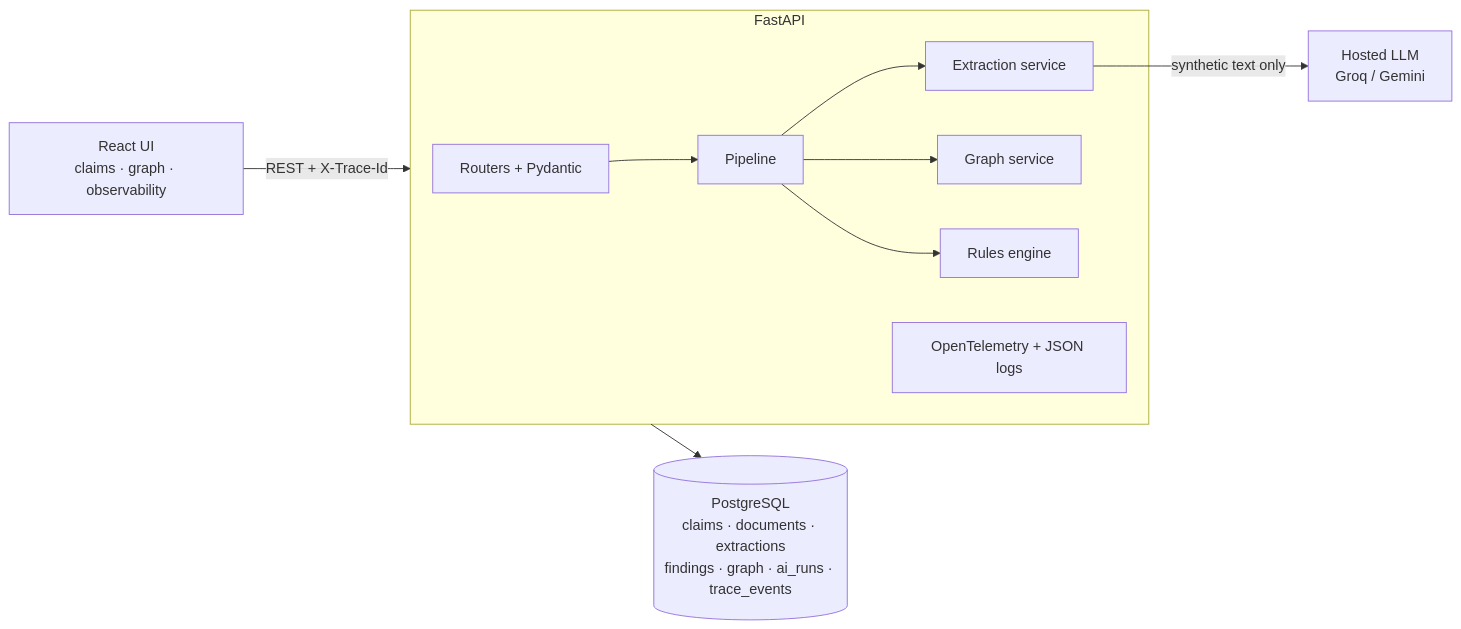
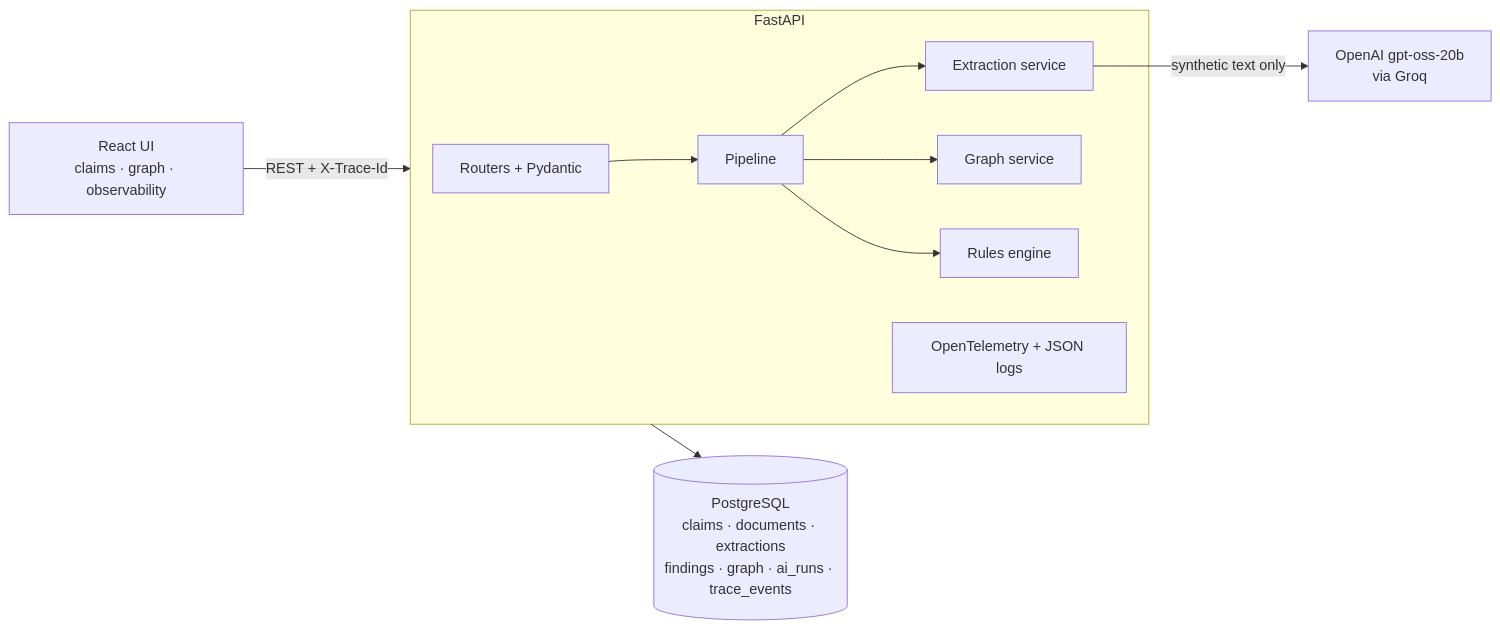
Before and after one commit to apoorvassudani/claimsense: the first of 2 diagrams in docs/02-architecture.md, drawn with Mermaid. The commit also changed other lines of this file and 271 other files, not shown here.

````diff
--- a/docs/02-architecture.md
+++ b/docs/02-architecture.md
@@ -3,13 +3,13 @@
 ```mermaid
 flowchart LR
     UI["React UI<br/>claims · graph · observability"] -->|REST + X-Trace-Id| API
     subgraph API["FastAPI"]
         R[Routers + Pydantic] --> P[Pipeline]
         P --> X[Extraction service]
         P --> G[Graph service]
         P --> RU[Rules engine]
         O[OpenTelemetry + JSON logs]
     end
-    X -->|synthetic text only| LLM["Hosted LLM<br/>Groq / Gemini"]
+    X -->|synthetic text only| LLM["OpenAI gpt-oss-20b<br/>via Groq"]
     API --> DB[("PostgreSQL<br/>claims · documents · extractions<br/>findings · graph · ai_runs · trace_events")]
 ```
````
